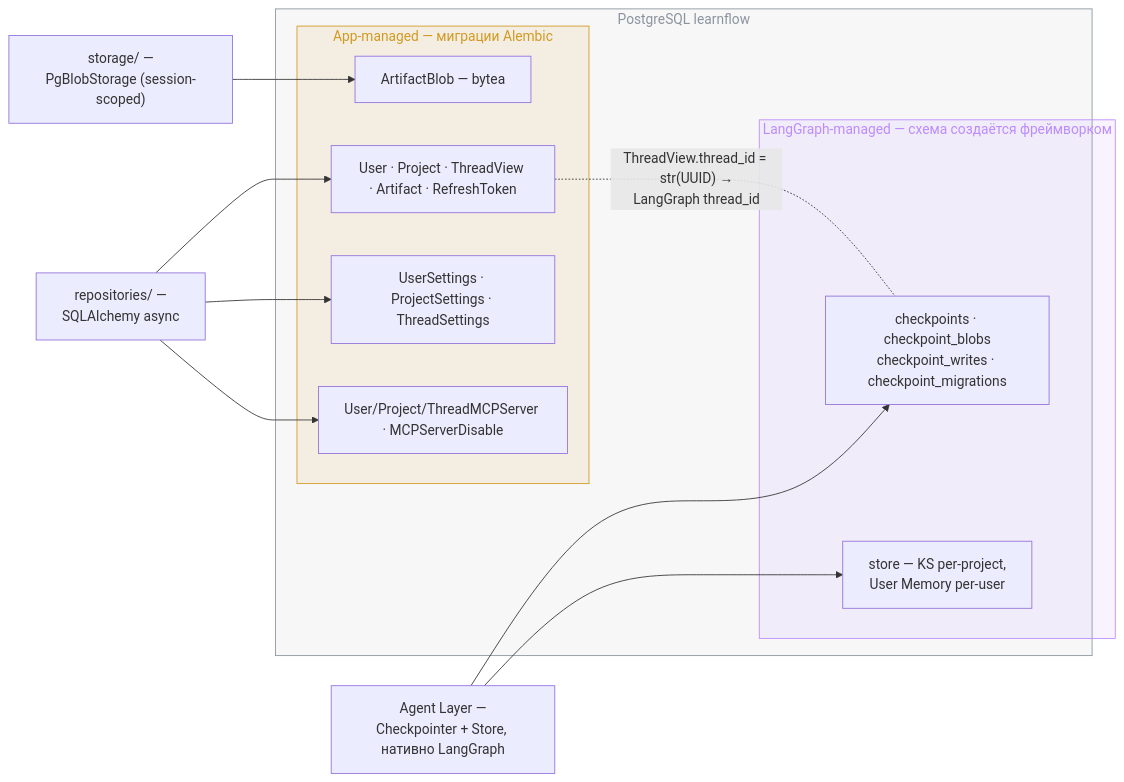
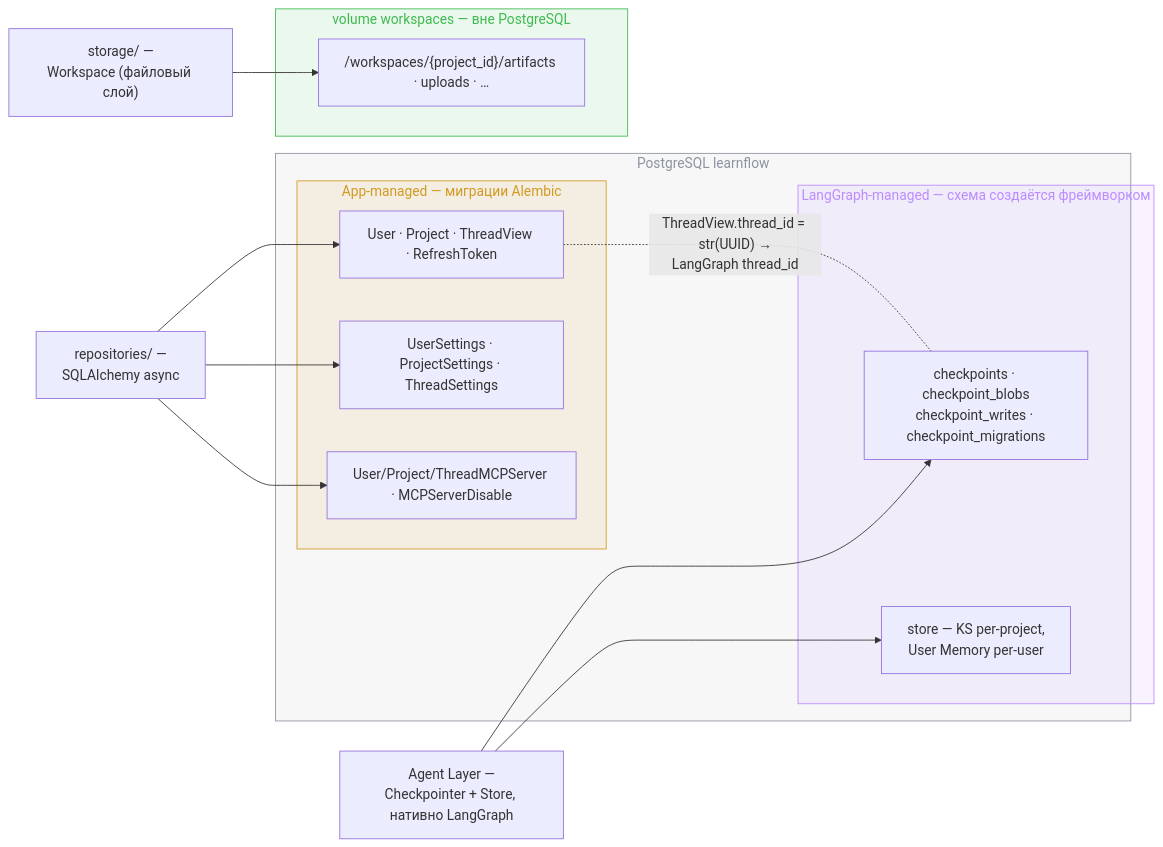
Before and after one commit to Bbar0n234/learnflow-ai: the third of 3 diagrams in doc/tech/backend.md, drawn with Mermaid. The commit also changed other lines of this file and 21 other files, not shown here.

First line of the commit message:
docs(tech): актуализация после feat-011 — файловый workspace и executor

````diff
--- a/doc/tech/backend.md
+++ b/doc/tech/backend.md
@@ -457,31 +478,35 @@
 ```mermaid
 graph LR
     AGENT["Agent Layer —<br>Checkpointer + Store, нативно LangGraph"]
     REPOS["repositories/ —<br>SQLAlchemy async"]
-    STORAGE["storage/ —<br>PgBlobStorage (session-scoped)"]
+    WSCLS["storage/ —<br>Workspace (файловый слой)"]
 
     subgraph PG["PostgreSQL learnflow"]
         subgraph LGM["LangGraph-managed — схема создаётся фреймворком"]
             CPT["checkpoints · checkpoint_blobs<br>checkpoint_writes · checkpoint_migrations"]
             STORET["store — KS per-project,<br>User Memory per-user"]
         end
         subgraph APPM["App-managed — миграции Alembic"]
-            CORE["User · Project · ThreadView · Artifact · RefreshToken"]
-            BLOB["ArtifactBlob — bytea"]
+            CORE["User · Project · ThreadView · RefreshToken"]
             SETT["UserSettings · ProjectSettings · ThreadSettings"]
             MCPS["User/Project/ThreadMCPServer · MCPServerDisable"]
         end
+    end
+
+    subgraph WS["volume workspaces — вне PostgreSQL"]
+        WSFILES["/workspaces/{project_id}/artifacts · uploads · …"]
     end
 
     AGENT --> CPT
     AGENT --> STORET
     REPOS --> CORE
     REPOS --> SETT
     REPOS --> MCPS
-    STORAGE --> BLOB
+    WSCLS --> WSFILES
     CORE -. "ThreadView.thread_id = str(UUID) →<br>LangGraph thread_id" .- CPT
 
     style PG fill:#8b949e12,stroke:#8b949e,color:#8b949e
     style LGM fill:#bc8cff1a,stroke:#bc8cff,color:#bc8cff
     style APPM fill:#d299221a,stroke:#d29922,color:#d29922
+    style WS fill:#3fb9501a,stroke:#3fb950,color:#3fb950
 ```
````
